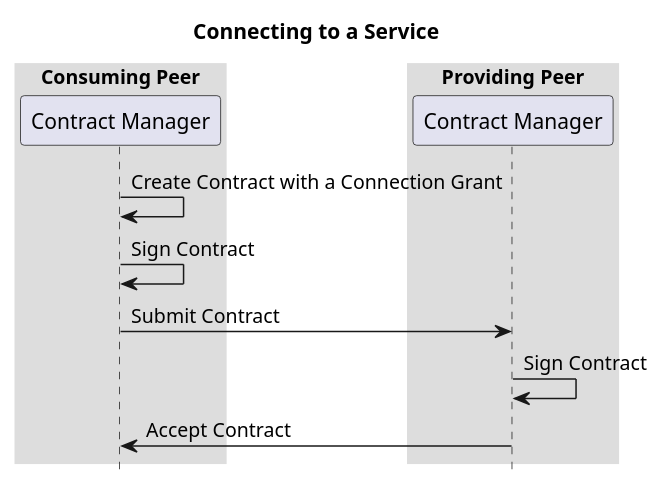
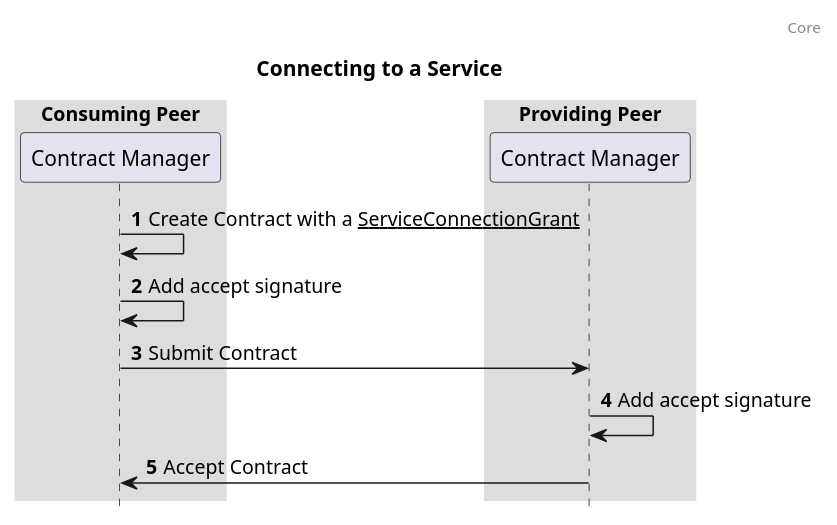
Before and after one commit to Logius-standaarden/fsc-core: the diagram in diagrams/seq-connecting-to-a-service.puml, drawn with PlantUML. The commit also changed 7 other files, not shown here.

Commit message:
improved sequence diagrams

```diff
--- a/diagrams/seq-connecting-to-a-service.puml
+++ b/diagrams/seq-connecting-to-a-service.puml
@@ -1,21 +1,24 @@
 @startuml
+
+autonumber
+header: Core
 title: Connecting to a Service
 
 box "Consuming Peer"
   participant "Contract Manager" as contractManagerConsumingPeer
 end box
 
 box "Providing Peer"
   participant "Contract Manager" as contractManagerProvidingPeer
 end box
 
-contractManagerConsumingPeer -> contractManagerConsumingPeer: Create Contract with a Connection Grant
-contractManagerConsumingPeer -> contractManagerConsumingPeer: Sign Contract
+contractManagerConsumingPeer -> contractManagerConsumingPeer: Create Contract with a __ServiceConnectionGrant__
+contractManagerConsumingPeer -> contractManagerConsumingPeer: Add accept signature
 contractManagerConsumingPeer -> contractManagerProvidingPeer: Submit Contract
-contractManagerProvidingPeer -> contractManagerProvidingPeer: Sign Contract
+contractManagerProvidingPeer -> contractManagerProvidingPeer: Add accept signature
 contractManagerProvidingPeer -> contractManagerConsumingPeer: Accept Contract
 
 skinparam sequenceBoxBorderColor #transparent
 skinparam boxPadding 50
 hide footbox
 @enduml
```
